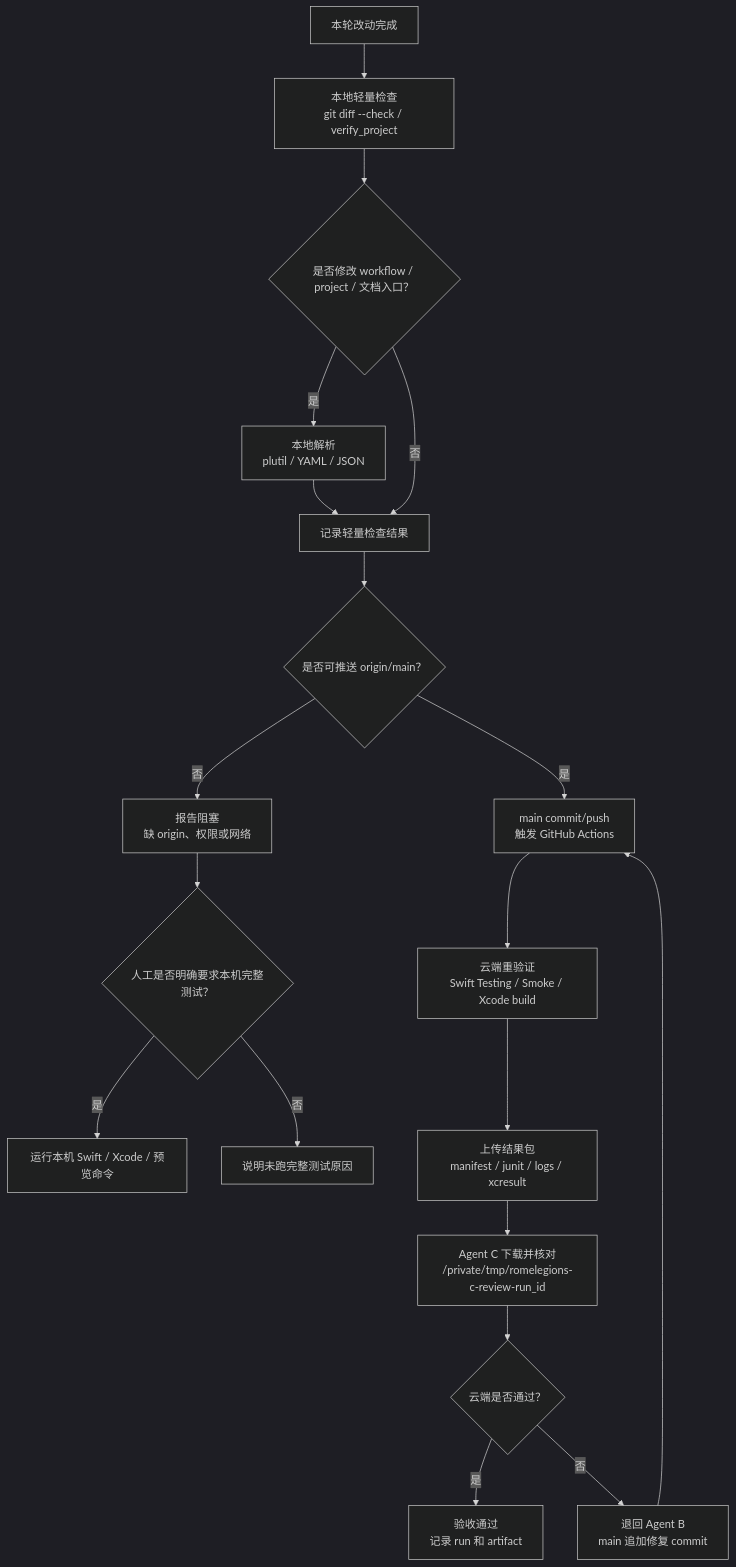
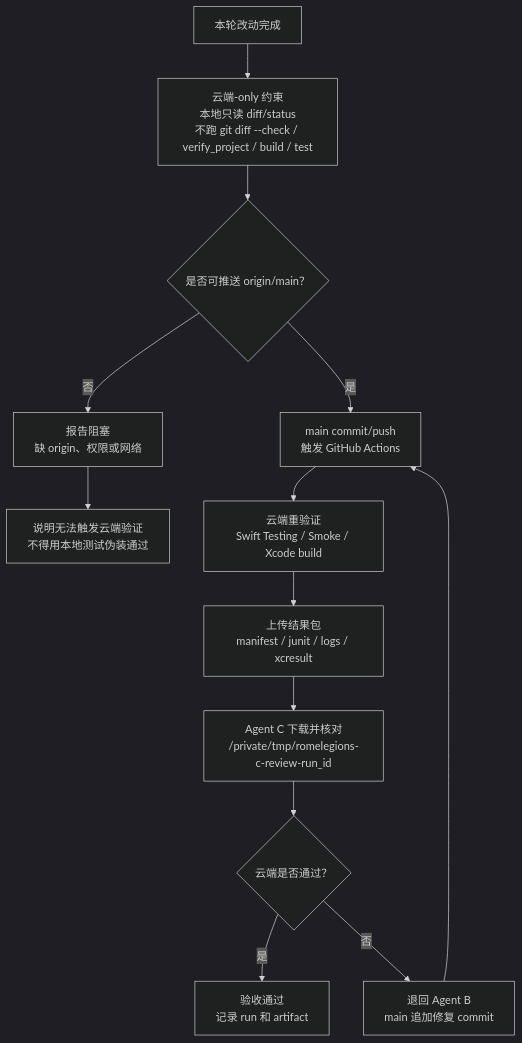
Before and after one commit to Altman-sam114/119: the seventh of 7 diagrams in md/flow/flowchart.md, drawn with Mermaid (dark theme). The commit also changed other lines of this file and 14 other files, not shown here.

````diff
--- a/md/flow/flowchart.md
+++ b/md/flow/flowchart.md
@@ -149,21 +153,15 @@
 ```mermaid
 flowchart TD
-    A["本轮改动完成"] --> B["本地轻量检查<br/>git diff --check / verify_project"]
-    B --> C{"是否修改 workflow / project / 文档入口？"}
-    C -->|是| D["本地解析<br/>plutil / YAML / JSON"]
-    C -->|否| E["记录轻量检查结果"]
-    D --> E
-    E --> F{"是否可推送 origin/main？"}
+    A["本轮改动完成"] --> B["云端-only 约束<br/>本地只读 diff/status<br/>不跑 git diff --check / verify_project / build / test"]
+    B --> F{"是否可推送 origin/main？"}
     F -->|否| G["报告阻塞<br/>缺 origin、权限或网络"]
     F -->|是| H["main commit/push<br/>触发 GitHub Actions"]
     H --> I["云端重验证<br/>Swift Testing / Smoke / Xcode build"]
     I --> J["上传结果包<br/>manifest / junit / logs / xcresult"]
     J --> K["Agent C 下载并核对<br/>/private/tmp/romelegions-c-review-run_id"]
     K --> L{"云端是否通过？"}
     L -->|是| M["验收通过<br/>记录 run 和 artifact"]
     L -->|否| N["退回 Agent B<br/>main 追加修复 commit"]
     N --> H
-    G --> O{"人工是否明确要求本机完整测试？"}
-    O -->|是| P["运行本机 Swift / Xcode / 预览命令"]
-    O -->|否| Q["说明未跑完整测试原因"]
+    G --> Q["说明无法触发云端验证<br/>不得用本地测试伪装通过"]
 ```
````
